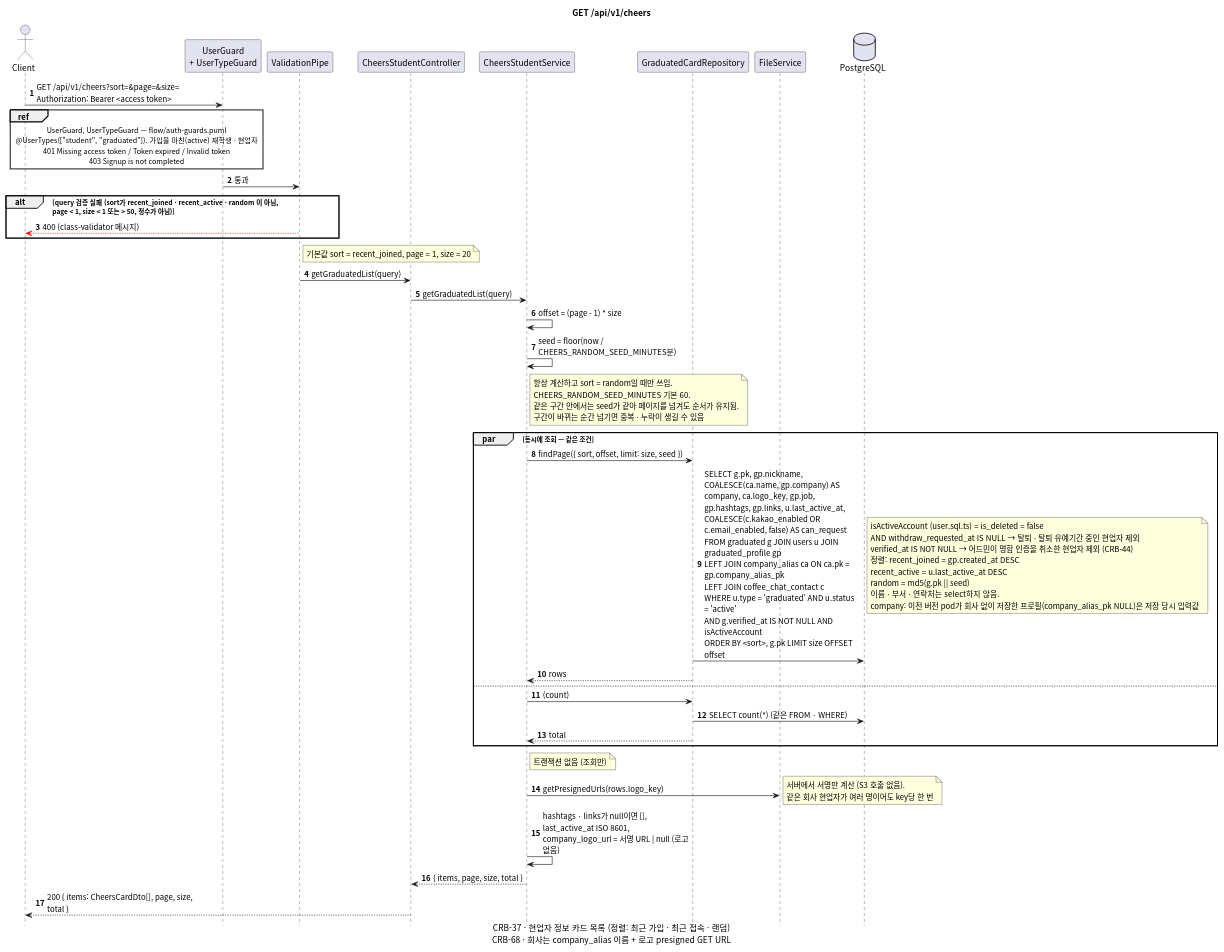
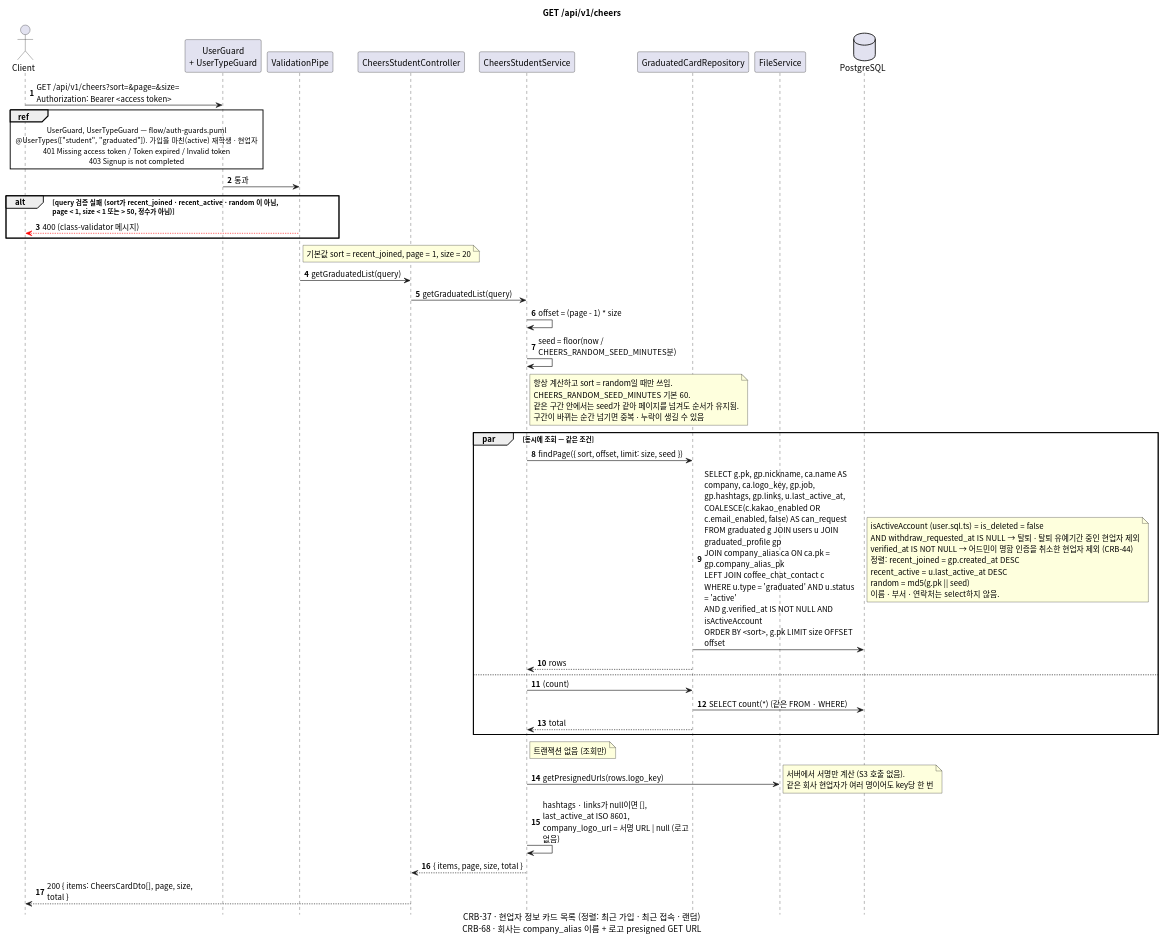
The diagram in docs/sequence/cheers/get-cheers.puml (gsainfoteam/cheers-be), drawn with PlantUML before and after one commit. The commit also changed 9 other files, not shown here.

Commit message:
- docs: update schema docs and sequence diagrams for company column removal (CRB-73)

```diff
--- a/docs/sequence/cheers/get-cheers.puml
+++ b/docs/sequence/cheers/get-cheers.puml
@@ -1,77 +1,76 @@
 @startuml get-cheers
 skinparam defaultFontName "Apple SD Gothic Neo", "Noto Sans CJK KR", sans-serif
 skinparam responseMessageBelowArrow true
 skinparam sequenceMessageAlign left
 skinparam maxMessageSize 260
 skinparam BoxPadding 8
 skinparam shadowing false
 autonumber
 hide footbox
 
 title GET /api/v1/cheers
 caption CRB-37 · 현업자 정보 카드 목록 (정렬: 최근 가입 · 최근 접속 · 랜덤)\nCRB-68 · 회사는 company_alias 이름 + 로고 presigned GET URL
 
 actor Client
 participant "UserGuard\n+ UserTypeGuard" as Guard
 participant "ValidationPipe" as Pipe
 participant "CheersStudentController" as Controller
 participant "CheersStudentService" as Service
 participant "GraduatedCardRepository" as GraduatedCardRepository
 participant "FileService" as FileService
 database PostgreSQL
 
 Client -> Guard: GET /api/v1/cheers?sort=&page=&size=\nAuthorization: Bearer <access token>
 ref over Client, Guard
   UserGuard, UserTypeGuard — flow/auth-guards.puml
   @UserTypes(["student", "graduated"]). 가입을 마친(active) 재학생 · 현업자
   401 Missing access token / Token expired / Invalid token
   403 Signup is not completed
 end ref
 Guard -> Pipe: 통과
 alt query 검증 실패 (sort가 recent_joined · recent_active · random 이 아님,\npage < 1, size < 1 또는 > 50, 정수가 아님)
   Pipe -[#red]-> Client: 400 (class-validator 메시지)
 end
 note right of Pipe: 기본값 sort = recent_joined, page = 1, size = 20
 Pipe -> Controller: getGraduatedList(query)
 Controller -> Service: getGraduatedList(query)
 
 Service -> Service: offset = (page - 1) * size
 Service -> Service: seed = floor(now / CHEERS_RANDOM_SEED_MINUTES분)
 note right of Service
   항상 계산하고 sort = random일 때만 쓰임.
   CHEERS_RANDOM_SEED_MINUTES 기본 60.
   같은 구간 안에서는 seed가 같아 페이지를 넘겨도 순서가 유지됨.
   구간이 바뀌는 순간 넘기면 중복 · 누락이 생길 수 있음
 end note
 
 par 동시에 조회 — 같은 조건
   Service -> GraduatedCardRepository: findPage({ sort, offset, limit: size, seed })
-  GraduatedCardRepository -> PostgreSQL: SELECT g.pk, gp.nickname, COALESCE(ca.name, gp.company) AS company, ca.logo_key, gp.job,\ngp.hashtags, gp.links, u.last_active_at,\nCOALESCE(c.kakao_enabled OR c.email_enabled, false) AS can_request\nFROM graduated g JOIN users u JOIN graduated_profile gp\nLEFT JOIN company_alias ca ON ca.pk = gp.company_alias_pk\nLEFT JOIN coffee_chat_contact c\nWHERE u.type = 'graduated' AND u.status = 'active'\nAND g.verified_at IS NOT NULL AND isActiveAccount\nORDER BY <sort>, g.pk LIMIT size OFFSET offset
+  GraduatedCardRepository -> PostgreSQL: SELECT g.pk, gp.nickname, ca.name AS company, ca.logo_key, gp.job,\ngp.hashtags, gp.links, u.last_active_at,\nCOALESCE(c.kakao_enabled OR c.email_enabled, false) AS can_request\nFROM graduated g JOIN users u JOIN graduated_profile gp\nJOIN company_alias ca ON ca.pk = gp.company_alias_pk\nLEFT JOIN coffee_chat_contact c\nWHERE u.type = 'graduated' AND u.status = 'active'\nAND g.verified_at IS NOT NULL AND isActiveAccount\nORDER BY <sort>, g.pk LIMIT size OFFSET offset
   note right
     isActiveAccount (user.sql.ts) = is_deleted = false
     AND withdraw_requested_at IS NULL → 탈퇴 · 탈퇴 유예기간 중인 현업자 제외
     verified_at IS NOT NULL → 어드민이 명함 인증을 취소한 현업자 제외 (CRB-44)
     정렬: recent_joined = gp.created_at DESC
     recent_active = u.last_active_at DESC
     random = md5(g.pk || seed)
     이름 · 부서 · 연락처는 select하지 않음.
-    company: 이전 버전 pod가 회사 없이 저장한 프로필(company_alias_pk NULL)은 저장 당시 입력값
   end note
   GraduatedCardRepository --> Service: rows
 else
   Service -> GraduatedCardRepository: (count)
   GraduatedCardRepository -> PostgreSQL: SELECT count(*) (같은 FROM · WHERE)
   GraduatedCardRepository --> Service: total
 end
 note right of Service: 트랜잭션 없음 (조회만)
 
 Service -> FileService: getPresignedUrls(rows.logo_key)
 note right
   서버에서 서명만 계산 (S3 호출 없음).
   같은 회사 현업자가 여러 명이어도 key당 한 번
 end note
 Service -> Service: hashtags · links가 null이면 [],\nlast_active_at ISO 8601,\ncompany_logo_url = 서명 URL | null (로고 없음)
 Service --> Controller: { items, page, size, total }
 Controller --> Client: 200 { items: CheersCardDto[], page, size, total }
 
 @enduml
```
